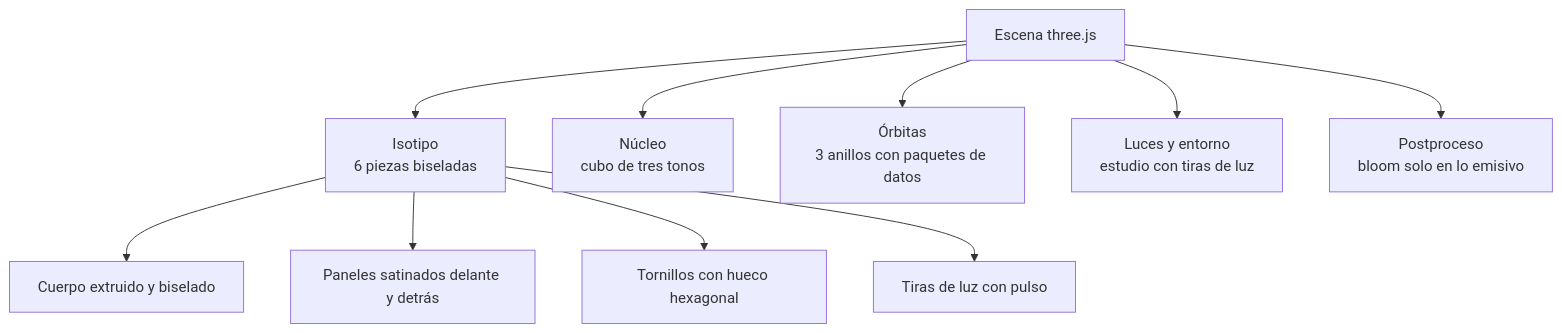
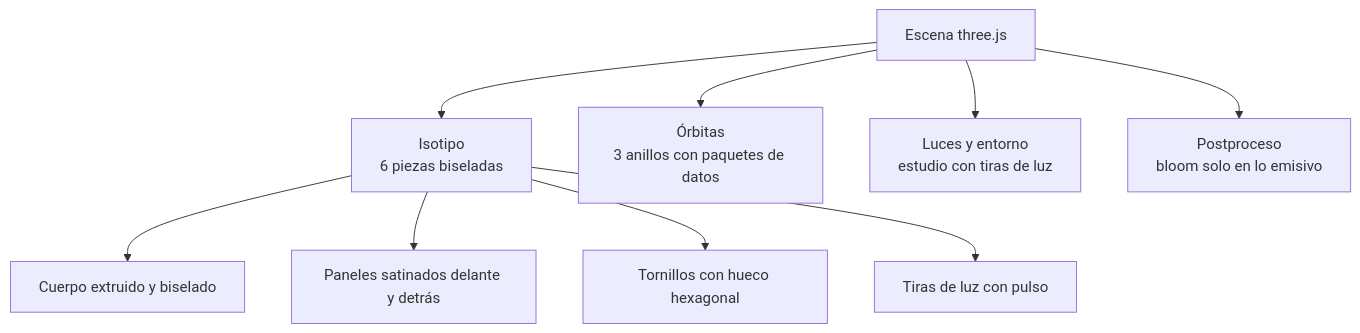
One commit to Figueira205/Figsoft changed the second of 2 diagrams in README.md. Above: the diagram before and after it, drawn with Mermaid. The commit also changed other lines of this file and 6 other files, not shown here.

````diff
--- a/README.md
+++ b/README.md
@@ -126,12 +126,11 @@
 ```mermaid
 flowchart TB
   S["Escena three.js"] --> M["Isotipo<br/>6 piezas biseladas"]
-  S --> C["Núcleo<br/>cubo de tres tonos"]
   S --> O["Órbitas<br/>3 anillos con paquetes de datos"]
   S --> L["Luces y entorno<br/>estudio con tiras de luz"]
   S --> P["Postproceso<br/>bloom solo en lo emisivo"]
   M --> M1["Cuerpo extruido y biselado"]
   M --> M2["Paneles satinados delante y detrás"]
   M --> M3["Tornillos con hueco hexagonal"]
   M --> M4["Tiras de luz con pulso"]
 ```
````
